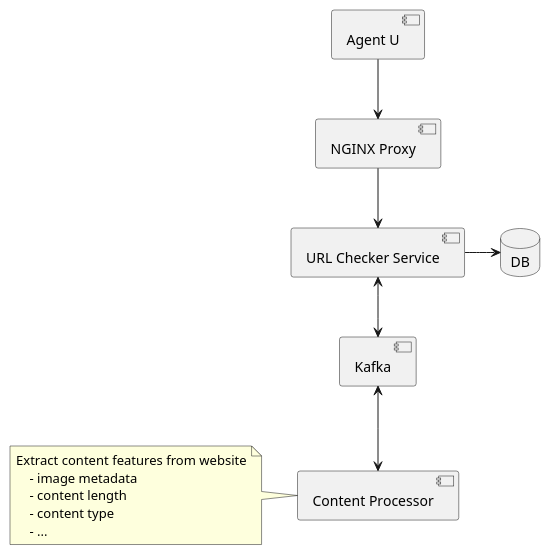
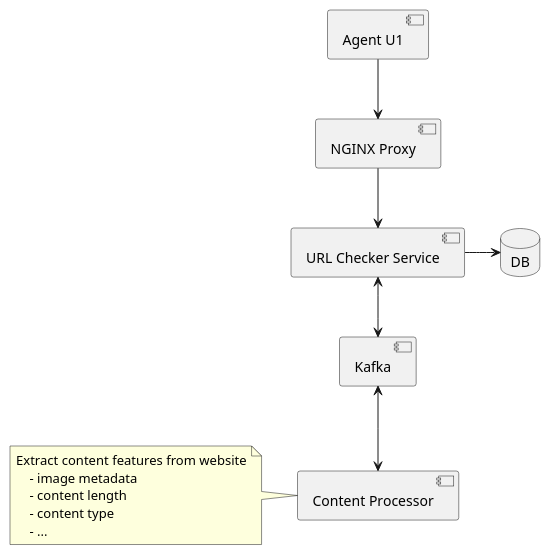
The diagram in url-checker-content.puml (dainius-vaznys-cujo/puml-test-diagrams), drawn with PlantUML before and after one commit.

```diff
--- a/url-checker-content.puml
+++ b/url-checker-content.puml
@@ -1,25 +1,25 @@
 @startuml
 
-    component "Agent U" as ag
+    component "Agent U1" as ag
     component "URL Checker Service" as ucs
     component "Content Processor" as cp
     note left
             Extract content features from website
                 - image metadata
                 - content length
                 - content type
                 - ...
     end note
     component "NGINX Proxy" as proxy
     component "Kafka" as kafka
     database "DB" as db
 
     ag -down-> proxy
     proxy -down-> ucs
     ucs <-down-> kafka
     kafka <--> cp
     ucs -> db
 
 
 
 @enduml
```
